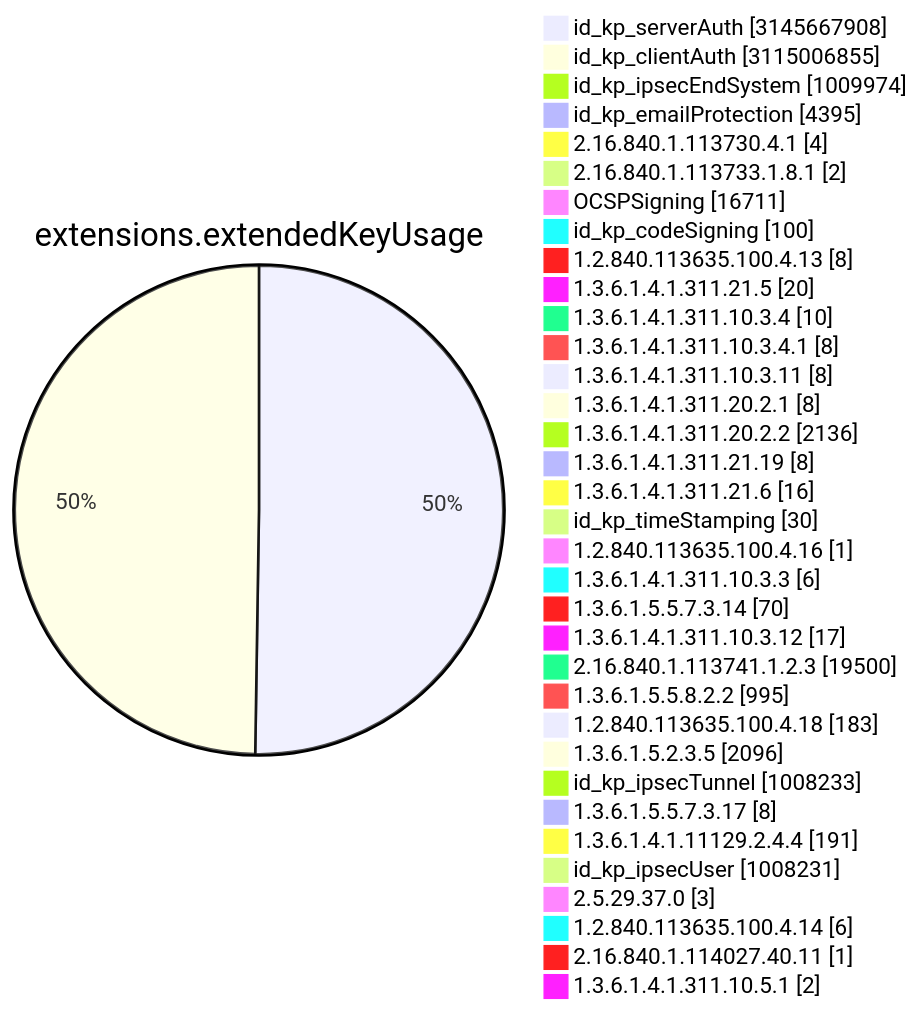
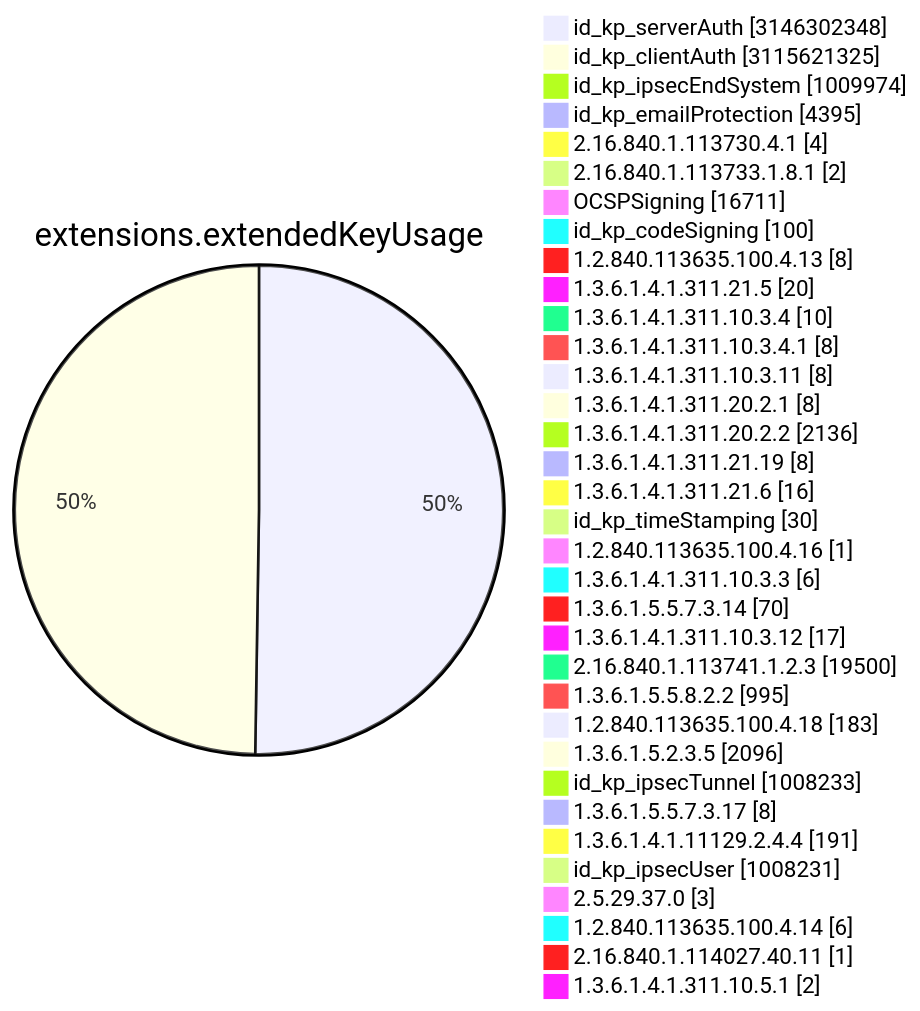
Before and after one commit to christiankrug/ctmonitor_visualization: diagram 11 of 15 in TOTAL/README.md, drawn with Mermaid. The commit also changed other lines of this file, not shown here.

````diff
--- a/TOTAL/README.md
+++ b/TOTAL/README.md
@@ -4119,38 +4119,38 @@
 ```mermaid
 pie showData
 title extensions.extendedKeyUsage
-"id_kp_serverAuth" :3145667908
-"id_kp_clientAuth" :3115006855
+"id_kp_serverAuth" :3146302348
+"id_kp_clientAuth" :3115621325
 "id_kp_ipsecEndSystem" :1009974
 "id_kp_emailProtection" :4395
 "2.16.840.1.113730.4.1" :4
 "2.16.840.1.113733.1.8.1" :2
 "OCSPSigning" :16711
 "id_kp_codeSigning" :100
 "1.2.840.113635.100.4.13" :8
 "1.3.6.1.4.1.311.21.5" :20
 "1.3.6.1.4.1.311.10.3.4" :10
 "1.3.6.1.4.1.311.10.3.4.1" :8
 "1.3.6.1.4.1.311.10.3.11" :8
 "1.3.6.1.4.1.311.20.2.1" :8
 "1.3.6.1.4.1.311.20.2.2" :2136
 "1.3.6.1.4.1.311.21.19" :8
 "1.3.6.1.4.1.311.21.6" :16
 "id_kp_timeStamping" :30
 "1.2.840.113635.100.4.16" :1
 "1.3.6.1.4.1.311.10.3.3" :6
 "1.3.6.1.5.5.7.3.14" :70
 "1.3.6.1.4.1.311.10.3.12" :17
 "2.16.840.1.113741.1.2.3" :19500
 "1.3.6.1.5.5.8.2.2" :995
 "1.2.840.113635.100.4.18" :183
 "1.3.6.1.5.2.3.5" :2096
 "id_kp_ipsecTunnel" :1008233
 "1.3.6.1.5.5.7.3.17" :8
 "1.3.6.1.4.1.11129.2.4.4" :191
 "id_kp_ipsecUser" :1008231
 "2.5.29.37.0" :3
 "1.2.840.113635.100.4.14" :6
 "2.16.840.1.114027.40.11" :1
 "1.3.6.1.4.1.311.10.5.1" :2
 ```
````
